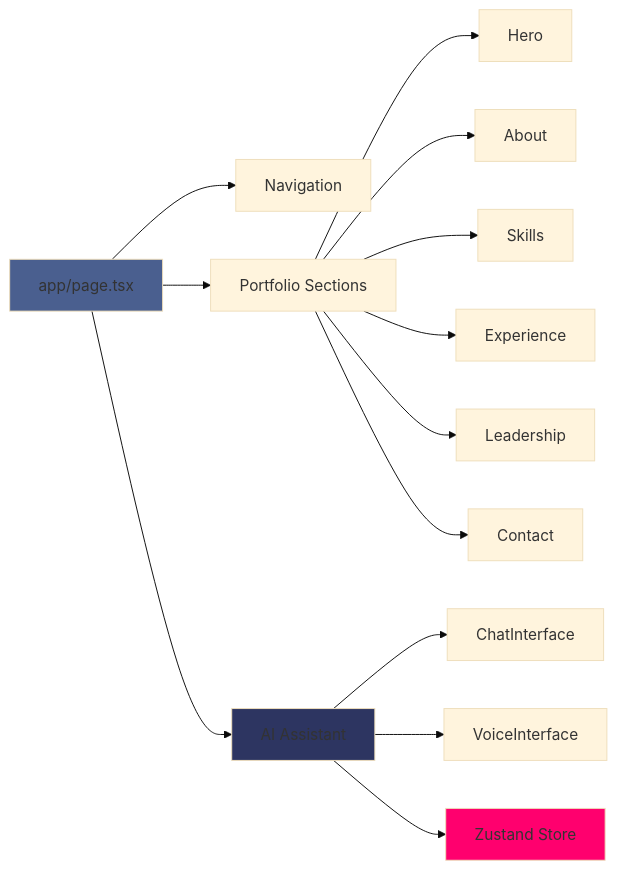
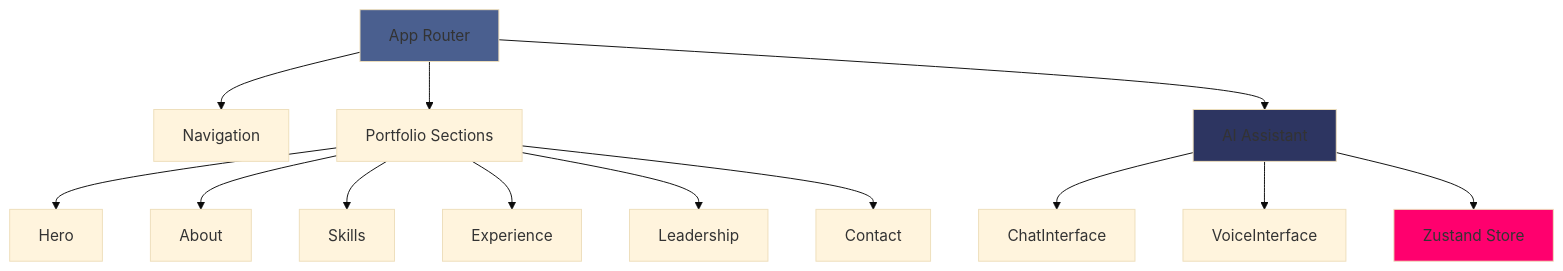
The second of 4 diagrams in README.md (Zacsluss/portfolio_zarvis), drawn with Mermaid (base theme) before and after one commit. The commit also changed other lines of this file, not shown here.

````diff
--- a/README.md
+++ b/README.md
@@ -292,21 +297,21 @@
 ```mermaid
-graph LR
-    App["app/page.tsx"] --> Nav[Navigation]
+graph TB
+    App[App Router] --> Nav[Navigation]
     App --> Sections[Portfolio Sections]
     App --> AI[AI Assistant]
 
     AI --> Chat[ChatInterface]
     AI --> Voice[VoiceInterface]
     AI --> Store[Zustand Store]
 
     Sections --> Hero
     Sections --> About
     Sections --> Skills
     Sections --> Experience
     Sections --> Leadership
     Sections --> Contact
 
     style App fill:#4a5f8f
     style AI fill:#2d3561
     style Store fill:#ff006e
 ```
````
